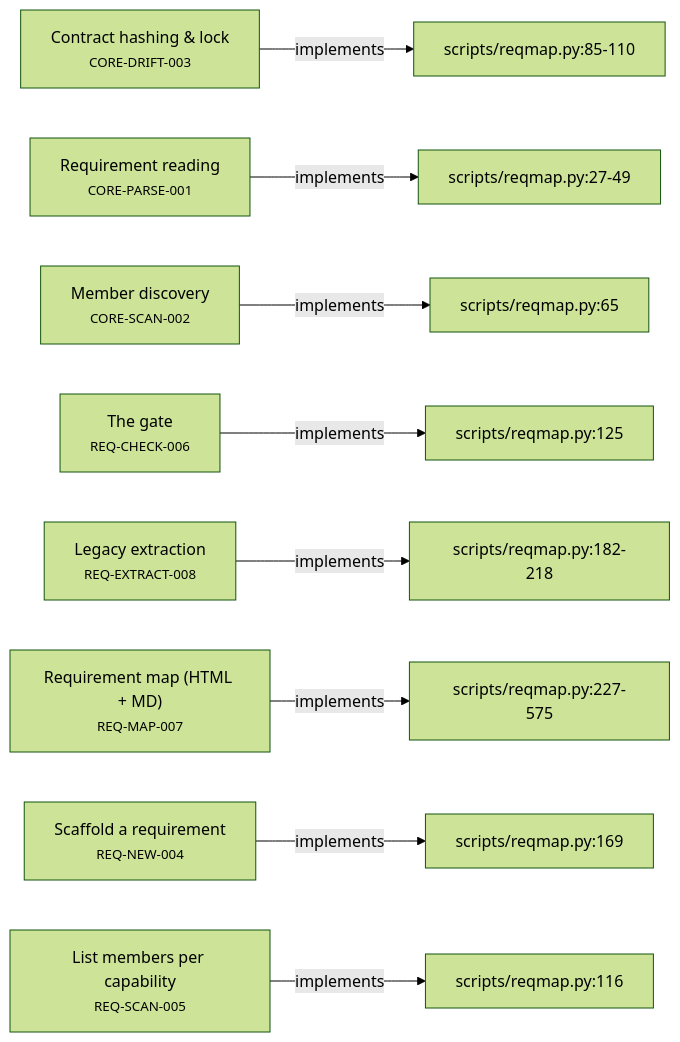
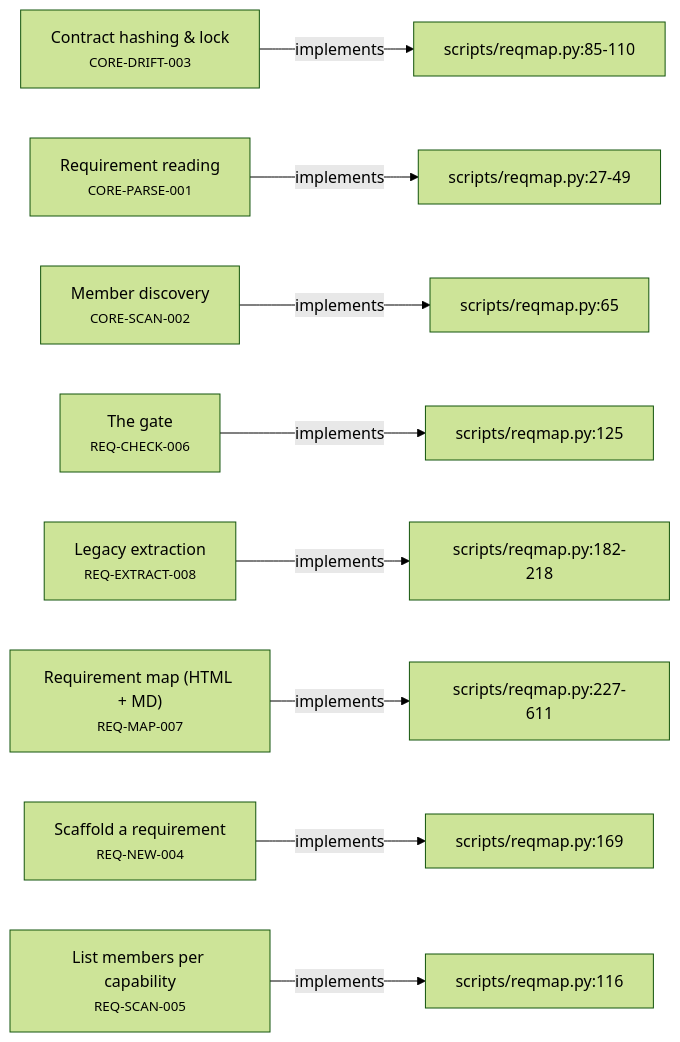
Before and after one commit to alxmax/Requirement-manager: the second of 5 diagrams in plugin/requirements/_map.md, drawn with Mermaid (forest theme). The commit also changed other lines of this file and 3 other files, not shown here.

First line of the commit message:
fix(map): graceful fallback when Mermaid fails to render

````diff
--- a/plugin/requirements/_map.md
+++ b/plugin/requirements/_map.md
@@ -38,27 +38,27 @@
 ```mermaid
 graph LR
   CORE_DRIFT_003["Contract hashing & lock<br><small>CORE-DRIFT-003</small>"]
   f_scripts_reqmap_py_85_110["scripts/reqmap.py:85-110"]
   CORE_DRIFT_003 -->|implements| f_scripts_reqmap_py_85_110
   CORE_PARSE_001["Requirement reading<br><small>CORE-PARSE-001</small>"]
   f_scripts_reqmap_py_27_49["scripts/reqmap.py:27-49"]
   CORE_PARSE_001 -->|implements| f_scripts_reqmap_py_27_49
   CORE_SCAN_002["Member discovery<br><small>CORE-SCAN-002</small>"]
   f_scripts_reqmap_py_65["scripts/reqmap.py:65"]
   CORE_SCAN_002 -->|implements| f_scripts_reqmap_py_65
   REQ_CHECK_006["The gate<br><small>REQ-CHECK-006</small>"]
   f_scripts_reqmap_py_125["scripts/reqmap.py:125"]
   REQ_CHECK_006 -->|implements| f_scripts_reqmap_py_125
   REQ_EXTRACT_008["Legacy extraction<br><small>REQ-EXTRACT-008</small>"]
   f_scripts_reqmap_py_182_218["scripts/reqmap.py:182-218"]
   REQ_EXTRACT_008 -->|implements| f_scripts_reqmap_py_182_218
   REQ_MAP_007["Requirement map (HTML + MD)<br><small>REQ-MAP-007</small>"]
-  f_scripts_reqmap_py_227_575["scripts/reqmap.py:227-575"]
-  REQ_MAP_007 -->|implements| f_scripts_reqmap_py_227_575
+  f_scripts_reqmap_py_227_611["scripts/reqmap.py:227-611"]
+  REQ_MAP_007 -->|implements| f_scripts_reqmap_py_227_611
   REQ_NEW_004["Scaffold a requirement<br><small>REQ-NEW-004</small>"]
   f_scripts_reqmap_py_169["scripts/reqmap.py:169"]
   REQ_NEW_004 -->|implements| f_scripts_reqmap_py_169
   REQ_SCAN_005["List members per capability<br><small>REQ-SCAN-005</small>"]
   f_scripts_reqmap_py_116["scripts/reqmap.py:116"]
   REQ_SCAN_005 -->|implements| f_scripts_reqmap_py_116
 ```
````
